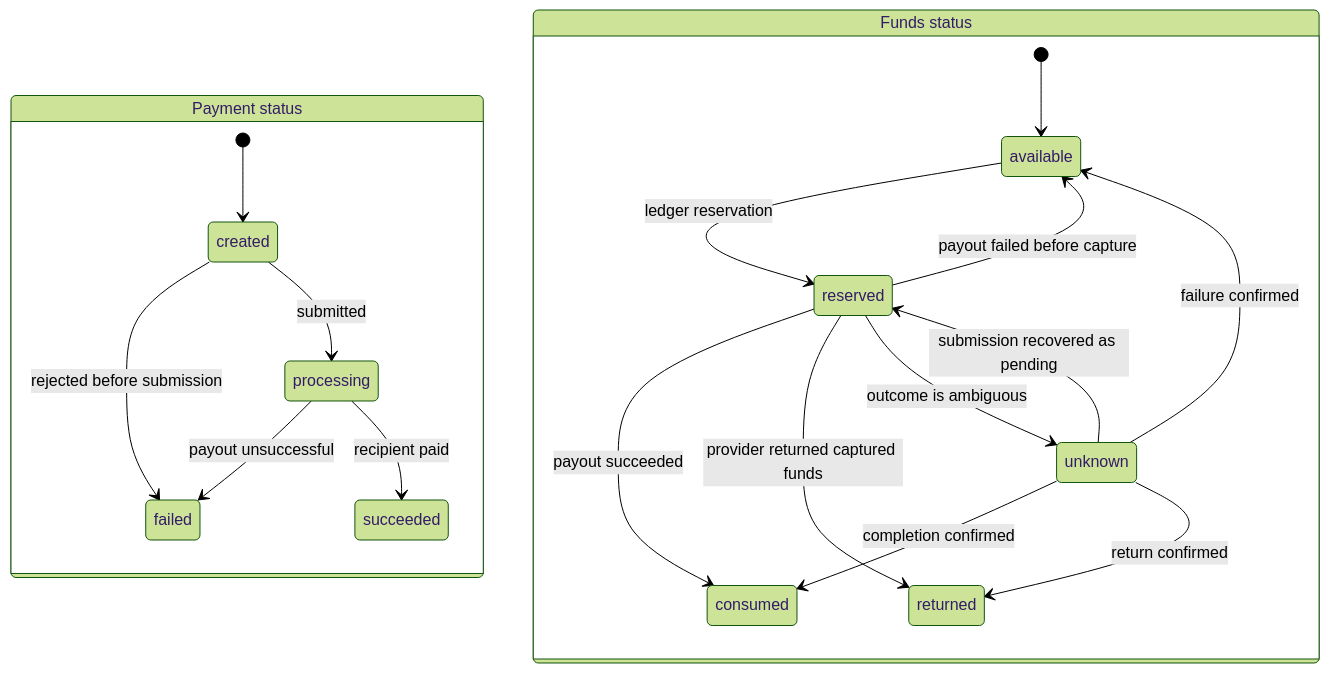
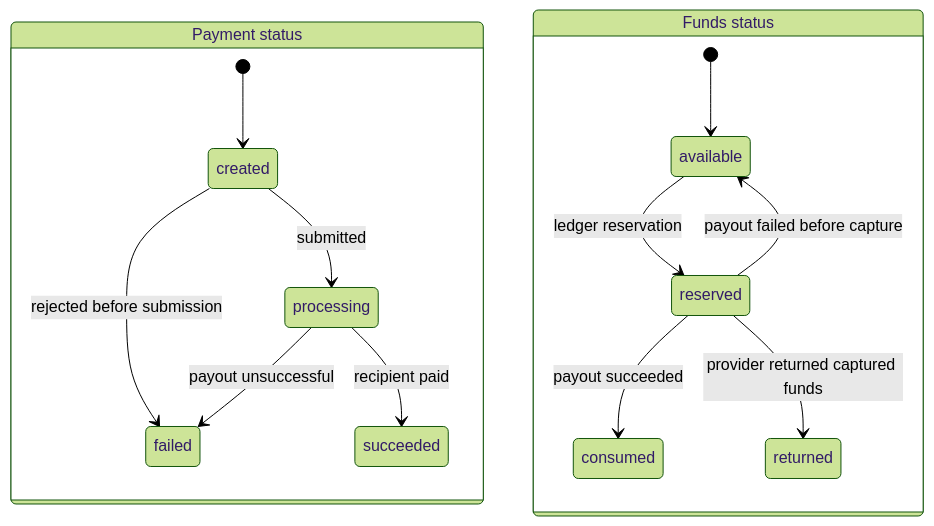
One commit to lancechuangdev/StableRail changed the second of 3 diagrams in README.md. Above: the diagram before and after it, drawn with Mermaid (forest theme). The commit also changed other lines of this file and 13 other files, not shown here.

````diff
--- a/README.md
+++ b/README.md
@@ -41,23 +41,18 @@
 ```mermaid
 stateDiagram-v2
     state "Payment status" as payment {
         [*] --> created
         created --> processing: submitted
         created --> failed: rejected before submission
         processing --> succeeded: recipient paid
         processing --> failed: payout unsuccessful
     }
 
     state "Funds status" as funds {
         [*] --> available
         available --> reserved: ledger reservation
         reserved --> consumed: payout succeeded
         reserved --> available: payout failed before capture
         reserved --> returned: provider returned captured funds
-        reserved --> unknown: outcome is ambiguous
-        unknown --> reserved: submission recovered as pending
-        unknown --> consumed: completion confirmed
-        unknown --> available: failure confirmed
-        unknown --> returned: return confirmed
     }
 ```
````
